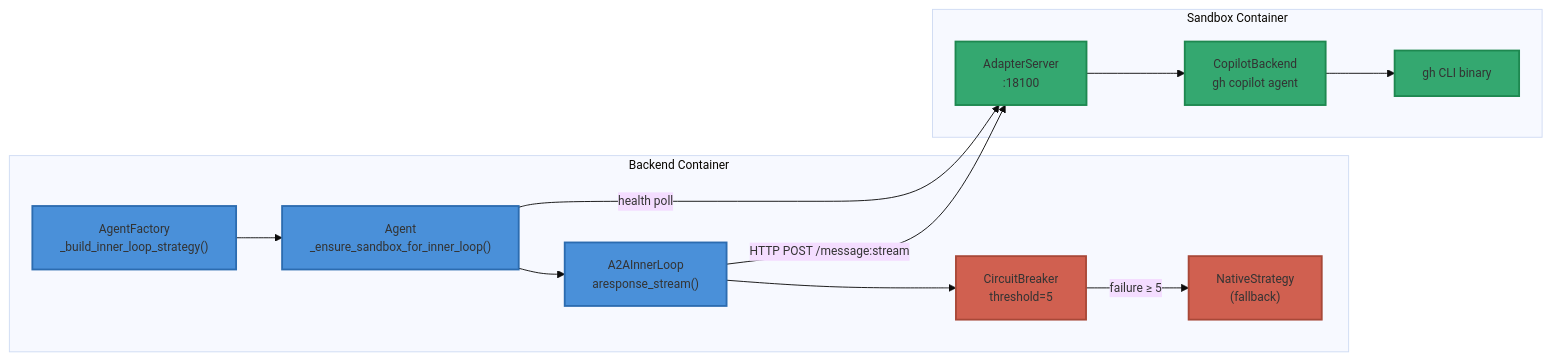
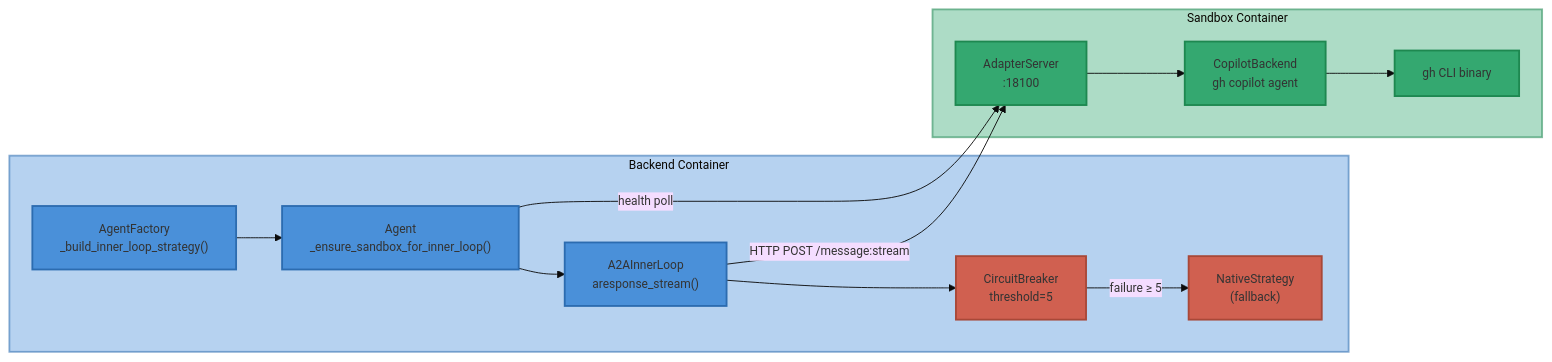
Before and after one commit to Intelligent-Internet/ii-agent: the diagram in docs/test-docs/a2a-inner-loop-e2e-test-plan.md, drawn with Mermaid. The commit also changed other lines of this file and 52 other files, not shown here.

````diff
--- a/docs/test-docs/a2a-inner-loop-e2e-test-plan.md
+++ b/docs/test-docs/a2a-inner-loop-e2e-test-plan.md
@@ -20,33 +21,36 @@
 ```mermaid
 %%{init: {'theme':'base', 'themeVariables': {'fontFamily': 'Arial, sans-serif', 'fontSize': '13px', 'fontWeight': 'normal'}}}%%
 flowchart LR
     subgraph Backend["Backend Container"]
         AF["AgentFactory<br/>_build_inner_loop_strategy()"]
         AG["Agent<br/>_ensure_sandbox_for_inner_loop()"]
         IL["A2AInnerLoop<br/>aresponse_stream()"]
         CB["CircuitBreaker<br/>threshold=5"]
         FB["NativeStrategy<br/>(fallback)"]
     end
 
     subgraph Sandbox["Sandbox Container"]
         AS["AdapterServer<br/>:18100"]
         CP["CopilotBackend<br/>gh copilot agent"]
         GH["gh CLI binary"]
     end
 
     AF --> AG
     AG -->|"health poll"| AS
     AG --> IL
     IL -->|"HTTP POST /message:stream"| AS
     AS --> CP
     CP --> GH
     IL --> CB
     CB -->|"failure ≥ 5"| FB
 
+    style Backend fill:#4a90d966,stroke:#2c6cb08C,stroke-width:2px
+    style Sandbox fill:#34a87066,stroke:#1e88508C,stroke-width:2px
+
     classDef primary fill:#4a90d9,stroke:#2c6cb0,stroke-width:2px
     classDef danger fill:#d06050,stroke:#a84838,stroke-width:2px
     classDef success fill:#34a870,stroke:#1e8850,stroke-width:2px
     class AF,AG,IL primary
     class CB,FB danger
     class AS,CP,GH success
 ```
````
